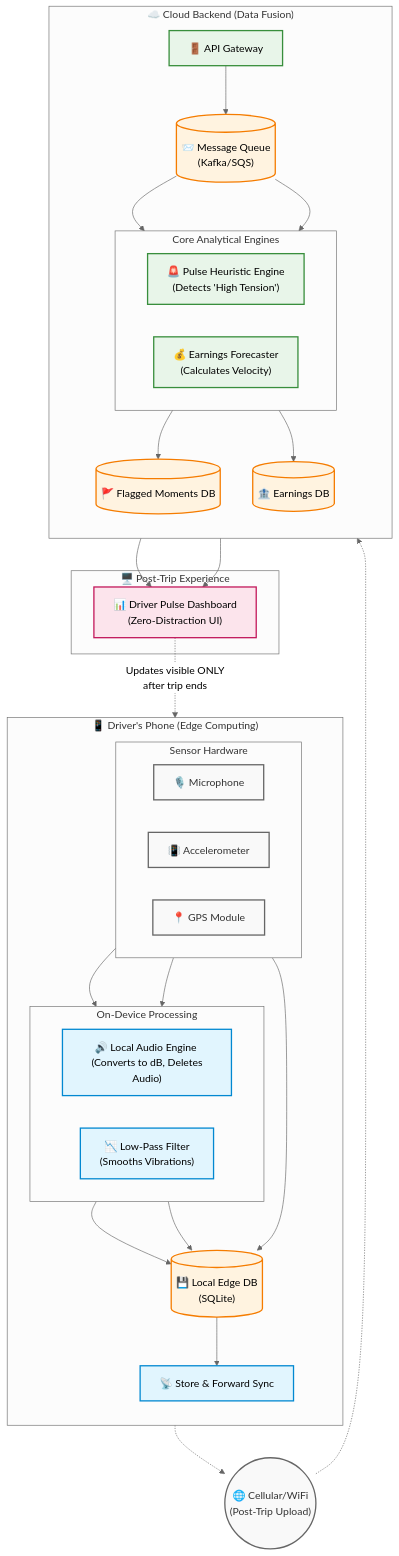
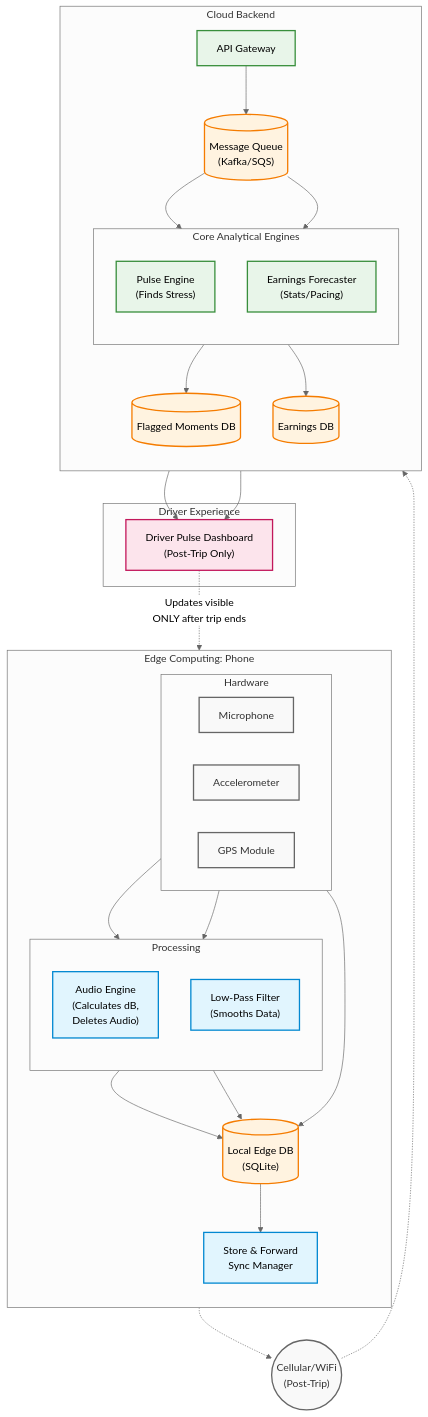
Before and after one commit to parthvijay123/Uber-Hackthon-: the diagram in driver_pulse_hackathon_data/DESIGN.md, drawn with Mermaid (neutral theme).

Commit message:
edited architecture diagram

````diff
--- a/driver_pulse_hackathon_data/DESIGN.md
+++ b/driver_pulse_hackathon_data/DESIGN.md
@@ -54,77 +54,77 @@
 ```mermaid
 flowchart TB
     %% Styling
     classDef hardware fill:#f9f9f9,stroke:#666,stroke-width:2px,color:#333
     classDef software fill:#e1f5fe,stroke:#0288d1,stroke-width:2px,color:#000
     classDef storage fill:#fff3e0,stroke:#f57c00,stroke-width:2px,color:#000
     classDef cloudApp fill:#e8f5e9,stroke:#388e3c,stroke-width:2px,color:#000
     classDef ui fill:#fce4ec,stroke:#c2185b,stroke-width:2px,color:#000
 
     %% Edge Computing Layer
-    subgraph EdgeDevice ["📱 Driver's Phone (Edge Computing)"]
+    subgraph EdgeDevice ["Edge Computing: Phone"]
         direction TB
         
-        subgraph Sensors ["Sensor Hardware"]
+        subgraph Sensors ["Hardware"]
             direction LR
-            Mic["🎙️ Microphone"]:::hardware
-            Accel["📳 Accelerometer"]:::hardware
-            GPS["📍 GPS Module"]:::hardware
+            Mic["Microphone"]:::hardware
+            Accel["Accelerometer"]:::hardware
+            GPS["GPS Module"]:::hardware
         end
 
-        subgraph EdgeProcessing ["On-Device Processing"]
-            direction LR
-            AudioProcess["🔊 Local Audio Engine \n (Converts to dB, Deletes Audio)"]:::software
-            MotionFilter["📉 Low-Pass Filter \n (Smooths Vibrations)"]:::software
+        subgraph EdgeProcessing ["Processing"]
+            direction TB
+            AudioProcess["Audio Engine<br>(Calculates dB,<br>Deletes Audio)"]:::software
+            MotionFilter["Low-Pass Filter<br>(Smooths Data)"]:::software
         end
 
-        LocalDB[("💾 Local Edge DB \n (SQLite)")]:::storage
-        SyncManager["📡 Store & Forward Sync"]:::software
+        LocalDB[("Local Edge DB<br>(SQLite)")]:::storage
+        SyncManager["Store & Forward<br>Sync Manager"]:::software
 
         %% Edge Connections
         Mic --> AudioProcess
         Accel --> MotionFilter
         GPS --> LocalDB
         AudioProcess --> LocalDB
         MotionFilter --> LocalDB
         LocalDB --> SyncManager
     end
 
     %% Network Barrier
-    Internet(("🌐 Cellular/WiFi \n (Post-Trip Upload)")):::hardware
+    Internet(("Cellular/WiFi<br>(Post-Trip)")):::hardware
     SyncManager -.-> Internet
 
     %% Cloud Processing Layer
-    subgraph CloudBackend ["☁️ Cloud Backend (Data Fusion)"]
+    subgraph CloudBackend ["Cloud Backend"]
         direction TB
         
-        Gateway["🚪 API Gateway"]:::cloudApp
-        MQ[("📨 Message Queue \n (Kafka/SQS)")]:::storage
+        Gateway["API Gateway"]:::cloudApp
+        MQ[("Message Queue<br>(Kafka/SQS)")]:::storage
         
         subgraph Engines ["Core Analytical Engines"]
-            direction LR
-            PulseEngine["🚨 Pulse Heuristic Engine \n (Detects 'High Tension')"]:::cloudApp
-            FinanceEngine["💰 Earnings Forecaster \n (Calculates Velocity)"]:::cloudApp
+            direction TB
+            PulseEngine["Pulse Engine<br>(Finds Stress)"]:::cloudApp
+            FinanceEngine["Earnings Forecaster<br>(Stats/Pacing)"]:::cloudApp
         end
 
-        FlagDB[("🚩 Flagged Moments DB")]:::storage
-        EarnDB[("🏦 Earnings DB")]:::storage
+        FlagDB[("Flagged Moments DB")]:::storage
+        EarnDB[("Earnings DB")]:::storage
 
         %% Cloud Connections
         Gateway --> MQ
         MQ --> PulseEngine
         MQ --> FinanceEngine
         PulseEngine --> FlagDB
         FinanceEngine --> EarnDB
     end
 
     Internet -.-> Gateway
 
     %% Post-Trip UI Layer
-    subgraph UserInterface ["🖥️ Post-Trip Experience"]
-        Dashboard["📊 Driver Pulse Dashboard \n (Zero-Distraction UI)"]:::ui
+    subgraph UserInterface ["Driver Experience"]
+        Dashboard["Driver Pulse Dashboard<br>(Post-Trip Only)"]:::ui
     end
 
     FlagDB --> Dashboard
     EarnDB --> Dashboard
-    Dashboard -.->|Updates visible ONLY \n after trip ends| EdgeDevice
+    Dashboard -.->|Updates visible<br>ONLY after trip ends| EdgeDevice
 ```
````
